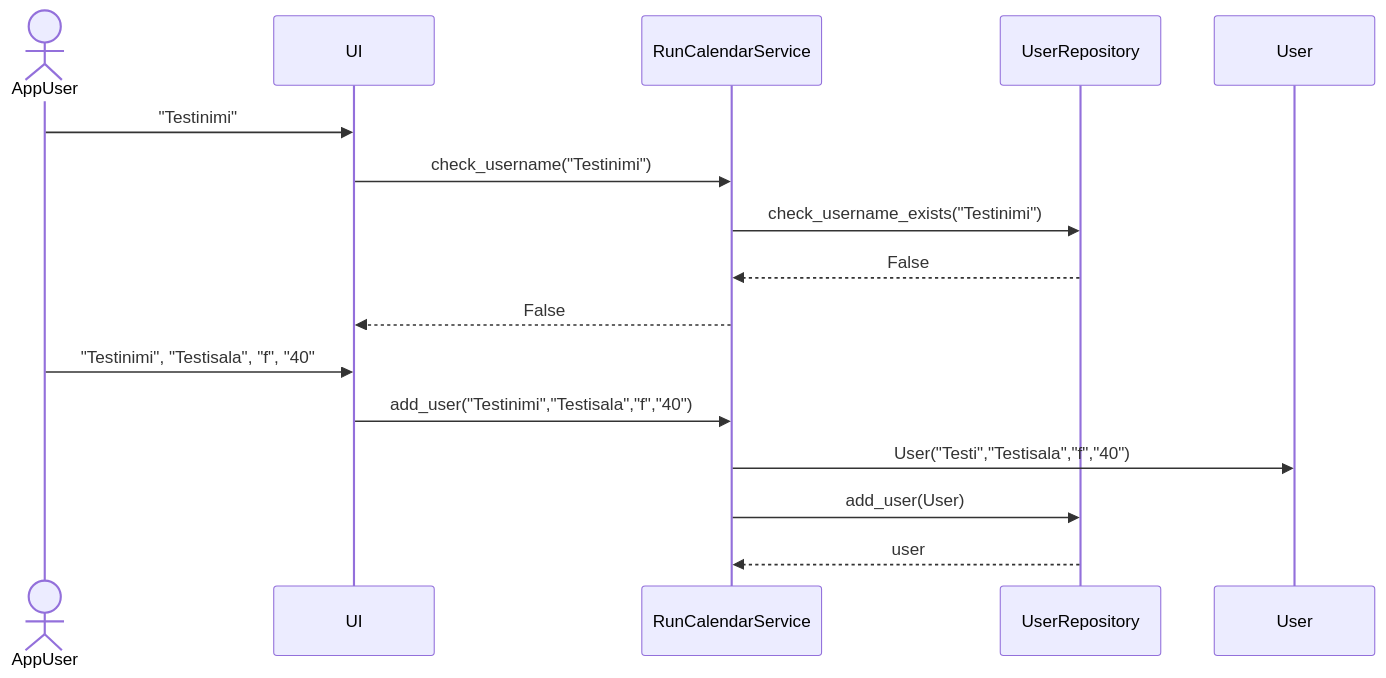
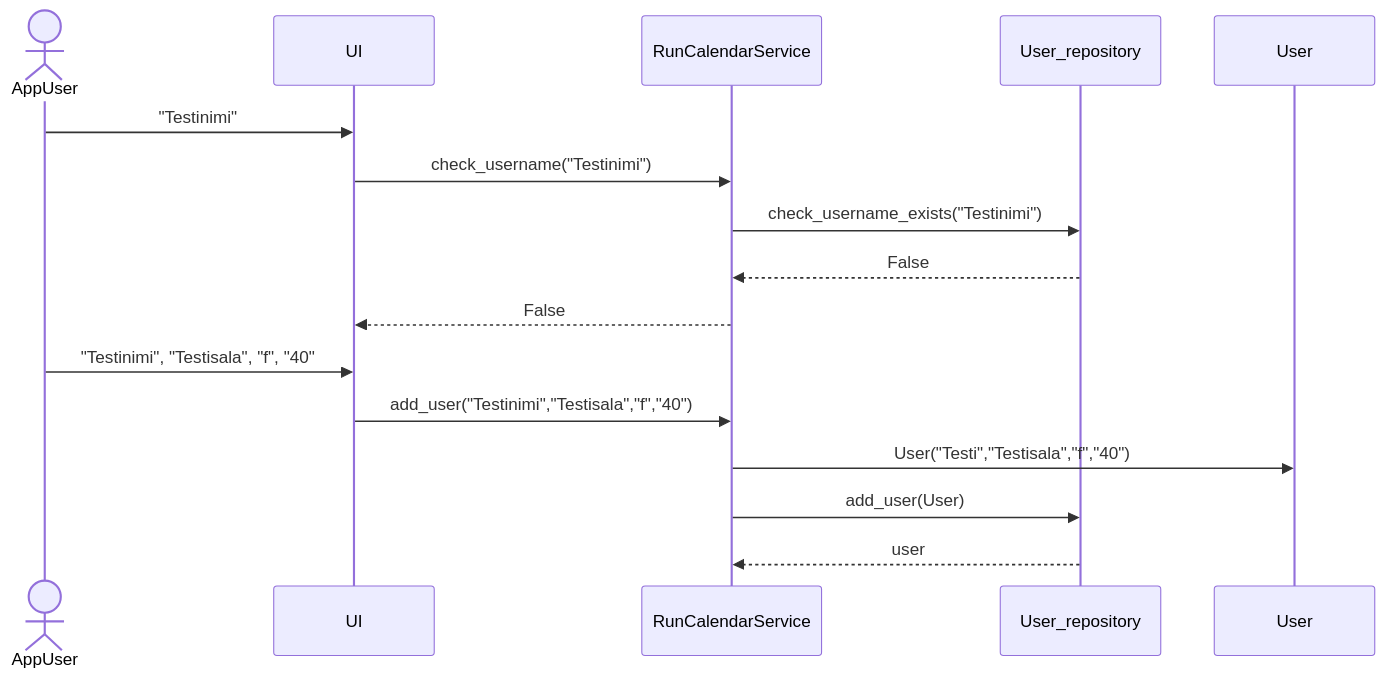
The second of 2 diagrams in dokumentaatio/arkkitehtuuri.md (ah-pasila/ot-running-calendar), drawn with Mermaid before and after one commit. The commit also changed other lines of this file and 5 other files, not shown here.

````diff
--- a/dokumentaatio/arkkitehtuuri.md
+++ b/dokumentaatio/arkkitehtuuri.md
@@ -73,18 +73,18 @@
 ```mermaid
 sequenceDiagram
     actor AppUser
     participant UI
     participant RunCalendarService
-    participant UserRepository
+    participant User_repository
     participant User
     AppUser->>UI: "Testinimi"
     UI->>RunCalendarService: check_username("Testinimi")
-    RunCalendarService->>UserRepository: check_username_exists("Testinimi")
-    UserRepository-->>RunCalendarService:False
+    RunCalendarService->>User_repository: check_username_exists("Testinimi")
+    User_repository-->>RunCalendarService:False
     RunCalendarService-->>UI: False
     AppUser->>UI: "Testinimi", "Testisala", "f", "40"
     UI->>RunCalendarService: add_user("Testinimi","Testisala","f","40")
     RunCalendarService->>User: User("Testi","Testisala","f","40") 
-    RunCalendarService->>UserRepository: add_user(User)
-    UserRepository-->>RunCalendarService: user
+    RunCalendarService->>User_repository: add_user(User)
+    User_repository-->>RunCalendarService: user
 ```
````
